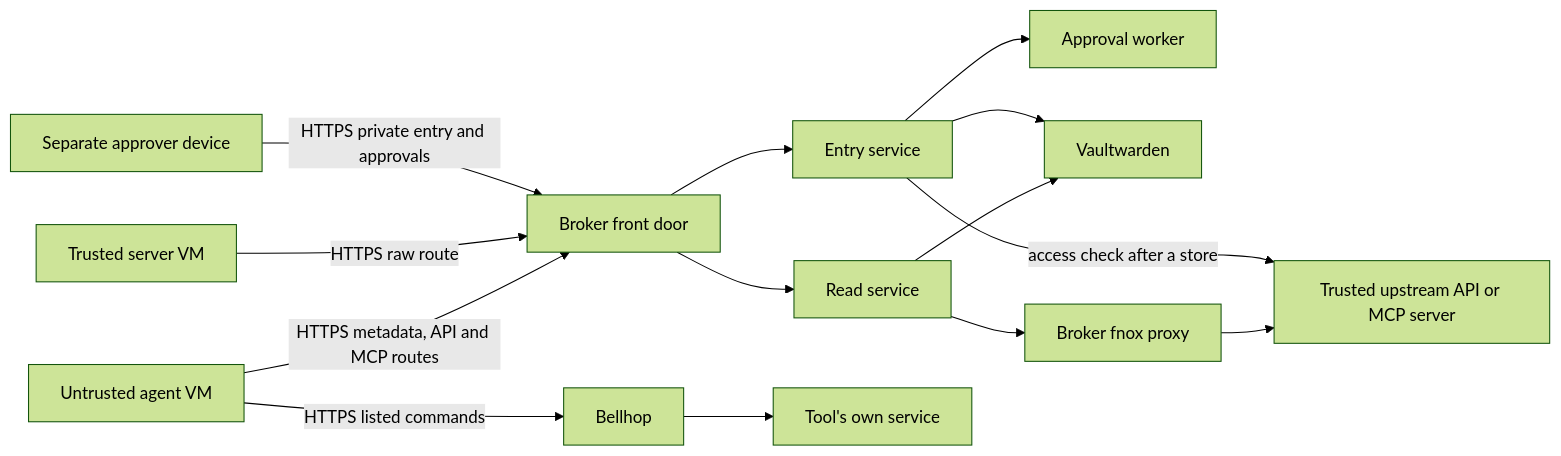
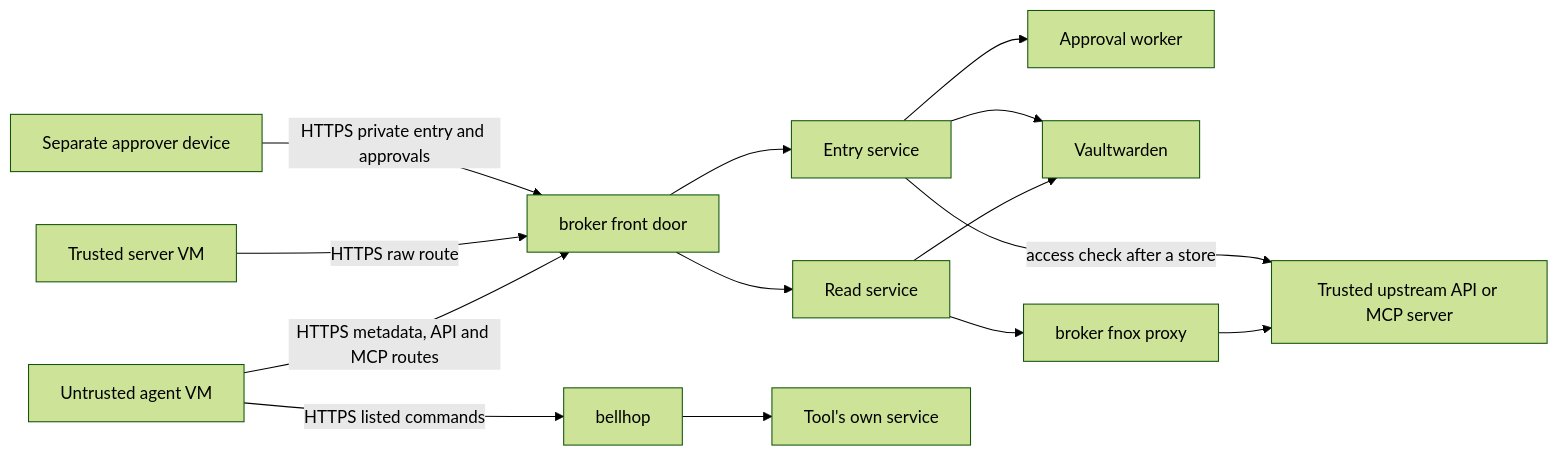
Before and after one commit to machinarii/valetkey: the diagram in docs/valetkey-threat-model.md, drawn with Mermaid (forest theme). The commit also changed other lines of this file and 34 other files, not shown here.

First line of the commit message:
valetkey, bellhop, vault and broker are written in lower case

````diff
--- a/docs/valetkey-threat-model.md
+++ b/docs/valetkey-threat-model.md
@@ -69,16 +69,16 @@
 ```mermaid
 flowchart LR
-  A["Untrusted agent VM"] -->|HTTPS metadata, API and MCP routes| F["Broker front door"]
+  A["Untrusted agent VM"] -->|HTTPS metadata, API and MCP routes| F["broker front door"]
   C["Trusted server VM"] -->|HTTPS raw route| F
   O["Separate approver device"] -->|HTTPS private entry and approvals| F
   F --> R["Read service"]
   F --> E["Entry service"]
   E --> W["Approval worker"]
   R --> V["Vaultwarden"]
   E --> V
-  R --> P["Broker fnox proxy"]
+  R --> P["broker fnox proxy"]
   P --> U["Trusted upstream API or MCP server"]
   E -->|access check after a store| U
-  A -->|HTTPS listed commands| D["Bellhop"]
+  A -->|HTTPS listed commands| D["bellhop"]
   D --> S["Tool's own service"]
 ```
````
